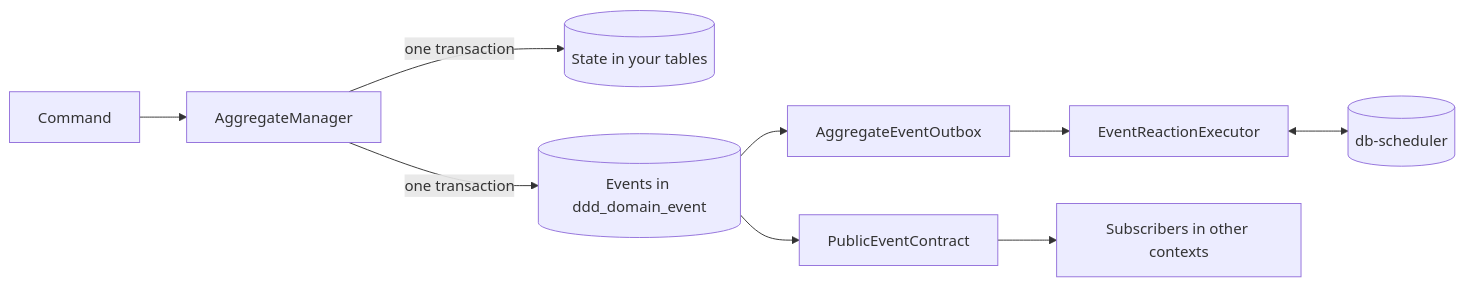
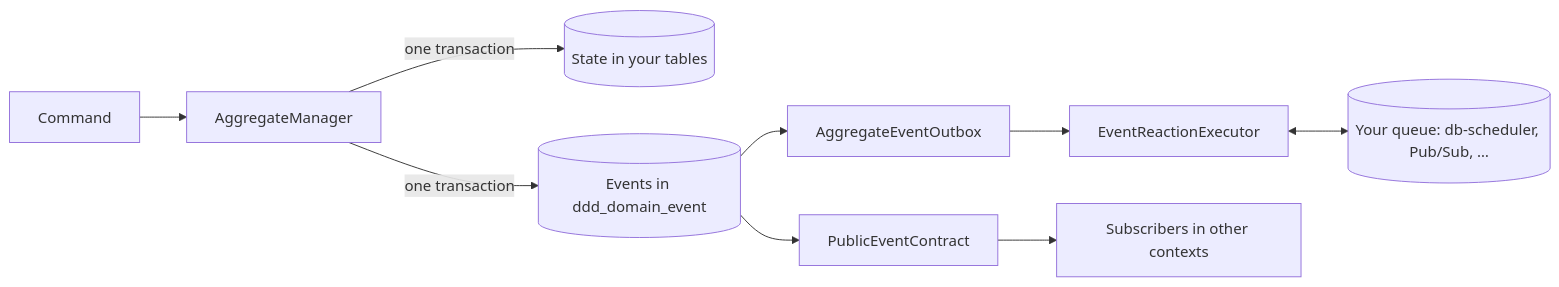
The diagram in README.md (DrewEaster/kotmod), drawn with Mermaid before and after one commit. The commit also changed other lines of this file, not shown here.

Commit message:
Make clear db-scheduler is optional and sketch a Google Pub/Sub queue

````diff
--- a/README.md
+++ b/README.md
@@ -390,11 +400,11 @@
 ```mermaid
 flowchart LR
     C[Command] --> AM[AggregateManager]
     AM -->|one transaction| S[(State in your tables)]
     AM -->|one transaction| E[(Events in ddd_domain_event)]
     E --> O[AggregateEventOutbox]
     O --> X[EventReactionExecutor]
-    X <--> D[(db-scheduler)]
+    X <--> D[(Your queue: db-scheduler, Pub/Sub, …)]
     E --> P[PublicEventContract]
     P --> SUB[Subscribers in other contexts]
 ```
````
